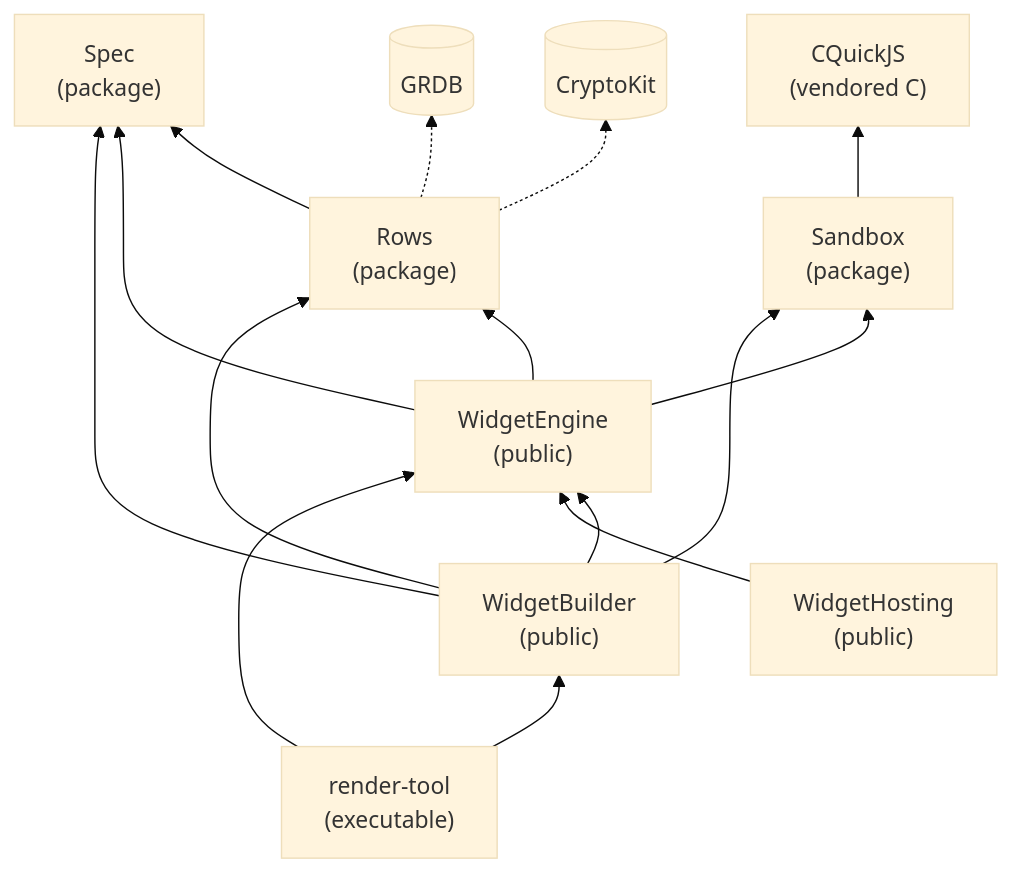
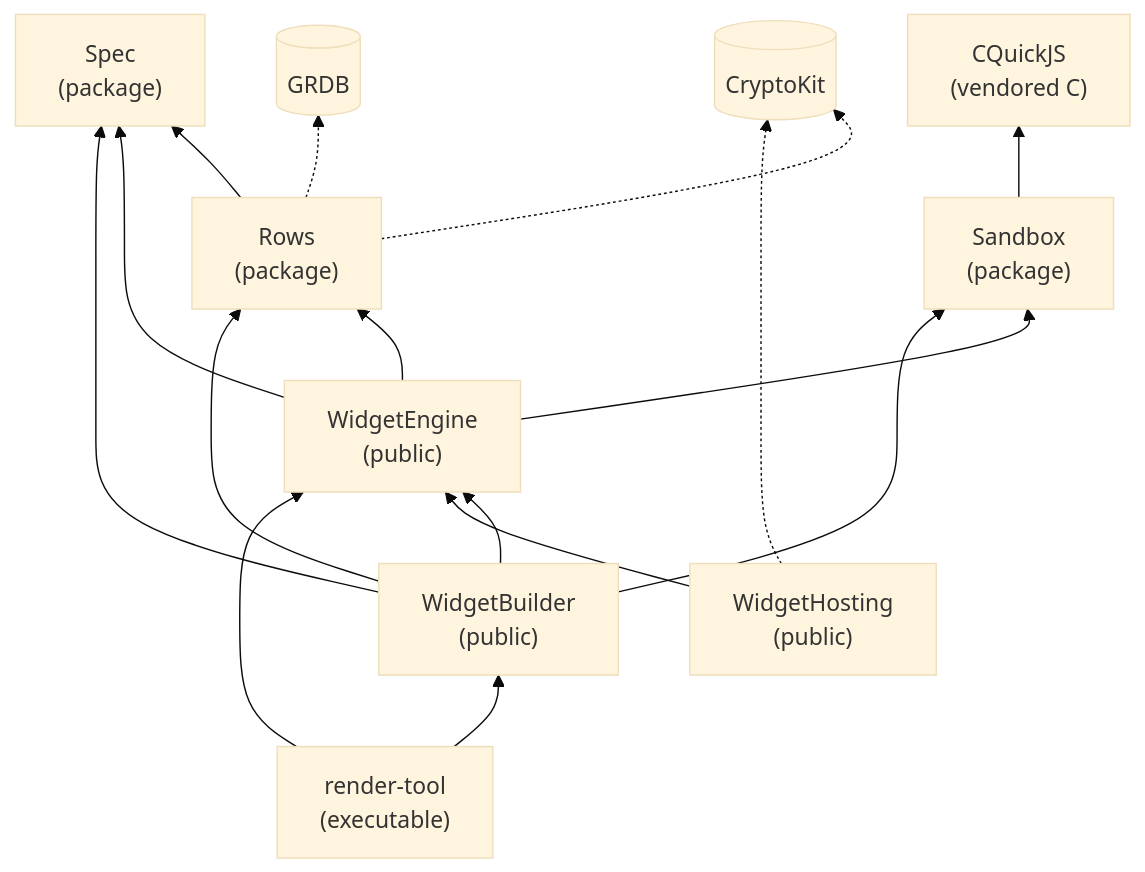
Before and after one commit to Krutik460/Widgie: the diagram in docs/engine/MODULES.md, drawn with Mermaid (base theme). The commit also changed other lines of this file and 12 other files, not shown here.

````diff
--- a/docs/engine/MODULES.md
+++ b/docs/engine/MODULES.md
@@ -5,19 +5,20 @@
 ```mermaid
 flowchart BT
   Spec["Spec<br/>(package)"]
   Rows["Rows<br/>(package)"] --> Spec
   Sandbox["Sandbox<br/>(package)"]
   Engine["WidgetEngine<br/>(public)"] --> Spec
   Engine --> Rows
   Engine --> Sandbox
   Builder["WidgetBuilder<br/>(public)"] --> Engine
   Builder --> Rows
   Builder --> Spec
   Builder --> Sandbox
   Hosting["WidgetHosting<br/>(public)"] --> Engine
   Tool["render-tool<br/>(executable)"] --> Builder
   Tool --> Engine
   Rows -.-> GRDB[(GRDB)]
   Rows -.-> Crypto[(CryptoKit)]
+  Hosting -.-> Crypto
   Sandbox --> QJS["CQuickJS<br/>(vendored C)"]
 ```
````
